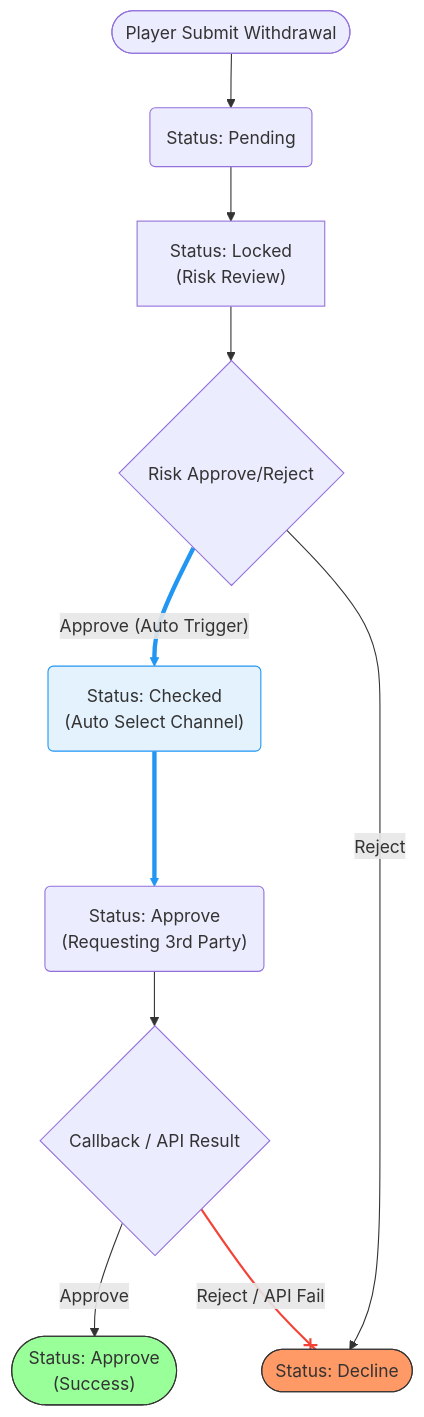
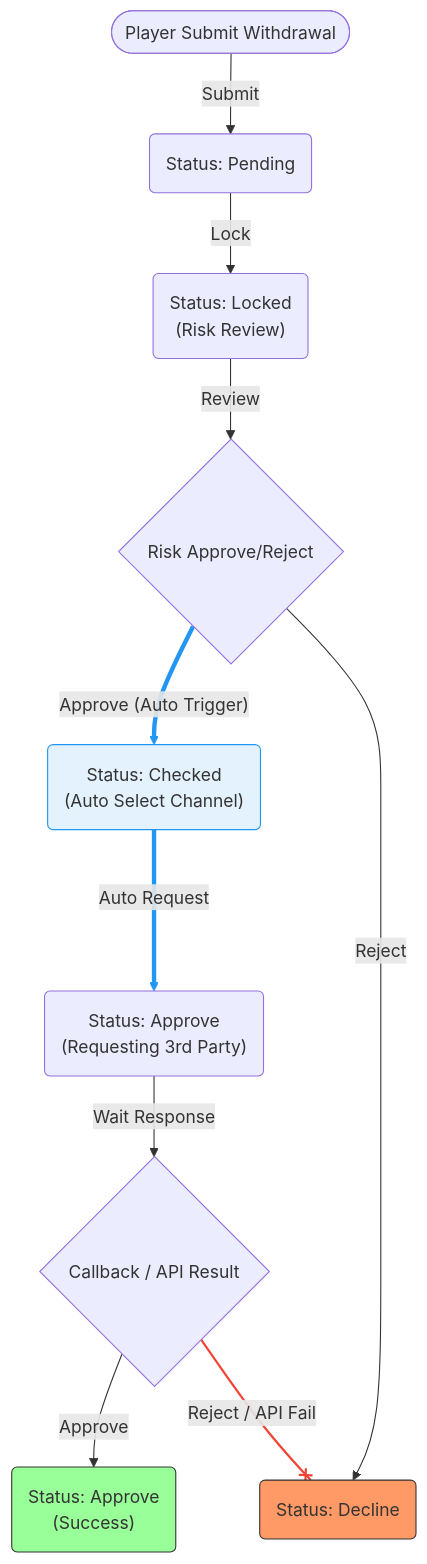
Before and after one commit to almightyken0425/SuSuGiGiSpec: the second of 2 diagrams in no99_archive/sitflowchart.md, drawn with Mermaid. The commit also changed other lines of this file, not shown here.

````diff
--- a/no99_archive/sitflowchart.md
+++ b/no99_archive/sitflowchart.md
@@ -73,50 +73,50 @@
 ```mermaid
 graph TD
     %% 節點定義
     StartAuto(["Player Submit Withdrawal"])
     PendingAuto("Status: Pending")
-    RiskLockAuto["Status: Locked<br/>(Risk Review)"]
+    RiskLockAuto("Status: Locked<br/>(Risk Review)")
     RiskActionAuto{"Risk Approve/Reject"}
     ApproveAuto("Status: Checked<br/>(Auto Select Channel)")
     ApproveReqAuto("Status: Approve<br/>(Requesting 3rd Party)")
-    DeclineAuto(["Status: Decline"])
-    SuccessAuto(["Status: Approve<br/>(Success)"])
+    DeclineAuto("Status: Decline")
+    SuccessAuto("Status: Approve<br/>(Success)")
     CallbackAuto{"Callback / API Result"}
 
-    StartAuto --> PendingAuto
-    PendingAuto --> RiskLockAuto
-    RiskLockAuto --> RiskActionAuto
+    StartAuto -->|"Submit"| PendingAuto
+    PendingAuto -->|"Lock"| RiskLockAuto
+    RiskLockAuto -->|"Review"| RiskActionAuto
     
     %% 高亮自動化路徑
     RiskActionAuto ==>|"Approve (Auto Trigger)"| ApproveAuto
-    ApproveAuto ===> ApproveReqAuto
+    ApproveAuto ===>|"Auto Request"| ApproveReqAuto
 
     RiskActionAuto -->|"Reject"| DeclineAuto
     
-    ApproveReqAuto --> CallbackAuto
+    ApproveReqAuto -->|"Wait Response"| CallbackAuto
 
     CallbackAuto -->|"Approve"| SuccessAuto
     
     %% 高亮報廢路徑
     CallbackAuto --x|"Reject / API Fail"| DeclineAuto
 
     %% 樣式與連結美化
     %% linkStyle 索引 (基於連接線出現順序):
     %% 0: StartAuto -> PendingAuto
     %% 1: PendingAuto -> RiskLockAuto
     %% 2: RiskLockAuto -> RiskActionAuto
     %% 3: RiskActionAuto ==> ApproveAuto
     %% 4: ApproveAuto ===> ApproveReqAuto
     %% 5: RiskActionAuto --> DeclineAuto
     %% 6: ApproveReqAuto --> CallbackAuto
     %% 7: CallbackAuto --> SuccessAuto
     %% 8: CallbackAuto --x DeclineAuto
 
     linkStyle 3 stroke:#2196f3,stroke-width:4px;
     linkStyle 4 stroke:#2196f3,stroke-width:4px;
     linkStyle 8 stroke:#f44336,stroke-width:2px;
 
     style DeclineAuto fill:#f96,stroke:#333
     style SuccessAuto fill:#9f9,stroke:#333
     style ApproveAuto fill:#e3f2fd,stroke:#2196f3
 ```
````
